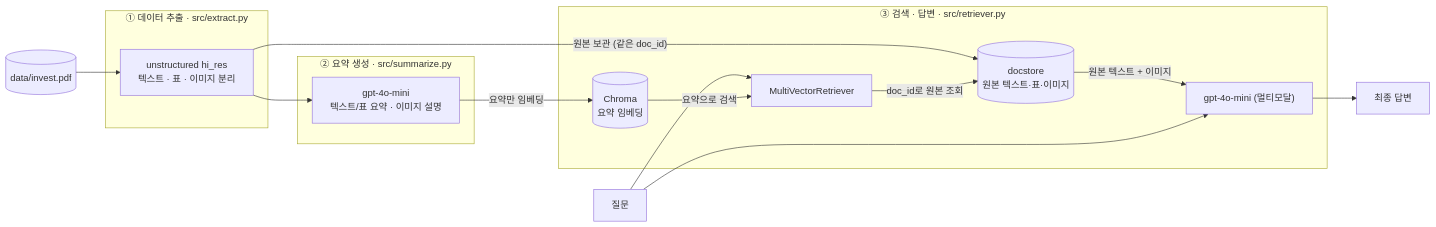
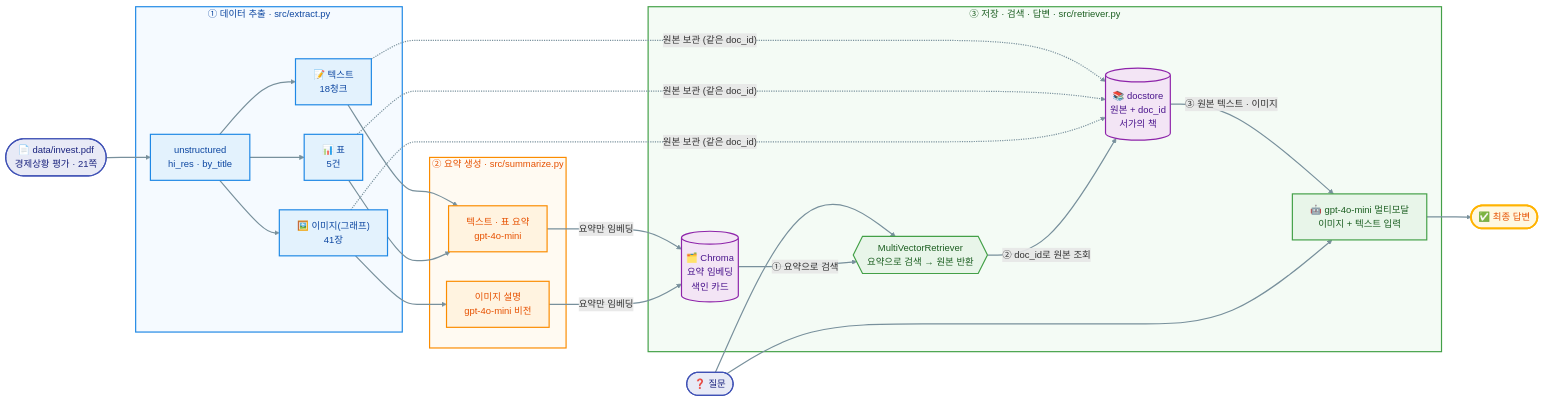
One commit to 8113jsl-ui/Multimodal_RAG changed the diagram in README.md. Above: the diagram before and after it, drawn with Mermaid. The commit also changed other lines of this file and 7 other files, not shown here.

Commit message:
README 채점 기준 순서로 재구성, 전체 파이프라인 노트북 추가, practice 재실행 결과 반영, invest.pdf·모닝학습 노트북 저장소 제외

````diff
--- a/README.md
+++ b/README.md
@@ -31,29 +135,52 @@
 ```mermaid
 flowchart LR
-    PDF[("data/invest.pdf")] --> EX
+    PDF(["📄 data/invest.pdf<br/>경제상황 평가 · 21쪽"]):::input
 
     subgraph S1["① 데이터 추출 · src/extract.py"]
-        EX["unstructured hi_res<br/>텍스트 · 표 · 이미지 분리"]
+        EX["unstructured<br/>hi_res · by_title"]:::s1
+        T["📝 텍스트<br/>18청크"]:::s1
+        TB["📊 표<br/>5건"]:::s1
+        IMG["🖼️ 이미지(그래프)<br/>41장"]:::s1
     end
 
     subgraph S2["② 요약 생성 · src/summarize.py"]
-        SUM["gpt-4o-mini<br/>텍스트/표 요약 · 이미지 설명"]
+        TS["텍스트 · 표 요약<br/>gpt-4o-mini"]:::s2
+        IS["이미지 설명<br/>gpt-4o-mini 비전"]:::s2
     end
 
-    subgraph S3["③ 검색 · 답변 · src/retriever.py"]
-        VS[("Chroma<br/>요약 임베딩")]
-        DS[("docstore<br/>원본 텍스트·표·이미지")]
-        RT["MultiVectorRetriever"]
-        LLM["gpt-4o-mini (멀티모달)"]
+    subgraph S3["③ 저장 · 검색 · 답변 · src/retriever.py"]
+        VS[("🗂️ Chroma<br/>요약 임베딩<br/>색인 카드")]:::store
+        DS[("📚 docstore<br/>원본 + doc_id<br/>서가의 책")]:::store
+        RT{{"MultiVectorRetriever<br/>요약으로 검색 → 원본 반환"}}:::s3
+        LLM["🤖 gpt-4o-mini 멀티모달<br/>이미지 + 텍스트 입력"]:::s3
     end
 
-    EX --> SUM
-    SUM -- "요약만 임베딩" --> VS
-    EX -- "원본 보관 (같은 doc_id)" --> DS
-    Q["질문"] --> RT
-    VS -- "요약으로 검색" --> RT
-    RT -- "doc_id로 원본 조회" --> DS
-    DS -- "원본 텍스트 + 이미지" --> LLM
+    Q(["❓ 질문"]):::input
+    A(["✅ 최종 답변"]):::output
+
+    PDF --> EX
+    EX --> T & TB & IMG
+    T & TB --> TS
+    IMG --> IS
+    TS & IS -- "요약만 임베딩" --> VS
+    T & TB & IMG -. "원본 보관 (같은 doc_id)" .-> DS
+
+    Q --> RT
+    VS -- "① 요약으로 검색" --> RT
+    RT -- "② doc_id로 원본 조회" --> DS
+    DS -- "③ 원본 텍스트 · 이미지" --> LLM
     Q --> LLM
-    LLM --> A["최종 답변"]
+    LLM --> A
+
+    classDef input fill:#E8EAF6,stroke:#3F51B5,stroke-width:2px,color:#1A237E
+    classDef s1 fill:#E3F2FD,stroke:#1E88E5,stroke-width:2px,color:#0D47A1
+    classDef s2 fill:#FFF3E0,stroke:#FB8C00,stroke-width:2px,color:#E65100
+    classDef s3 fill:#E8F5E9,stroke:#43A047,stroke-width:2px,color:#1B5E20
+    classDef store fill:#F3E5F5,stroke:#8E24AA,stroke-width:2px,color:#4A148C
+    classDef output fill:#FFF8E1,stroke:#FFB300,stroke-width:3px,color:#E65100
+
+    style S1 fill:#F5FAFF,stroke:#1E88E5,stroke-width:2px,color:#0D47A1
+    style S2 fill:#FFFAF2,stroke:#FB8C00,stroke-width:2px,color:#E65100
+    style S3 fill:#F4FBF5,stroke:#43A047,stroke-width:2px,color:#1B5E20
+    linkStyle default stroke:#78909C,stroke-width:2px
 ```
````
